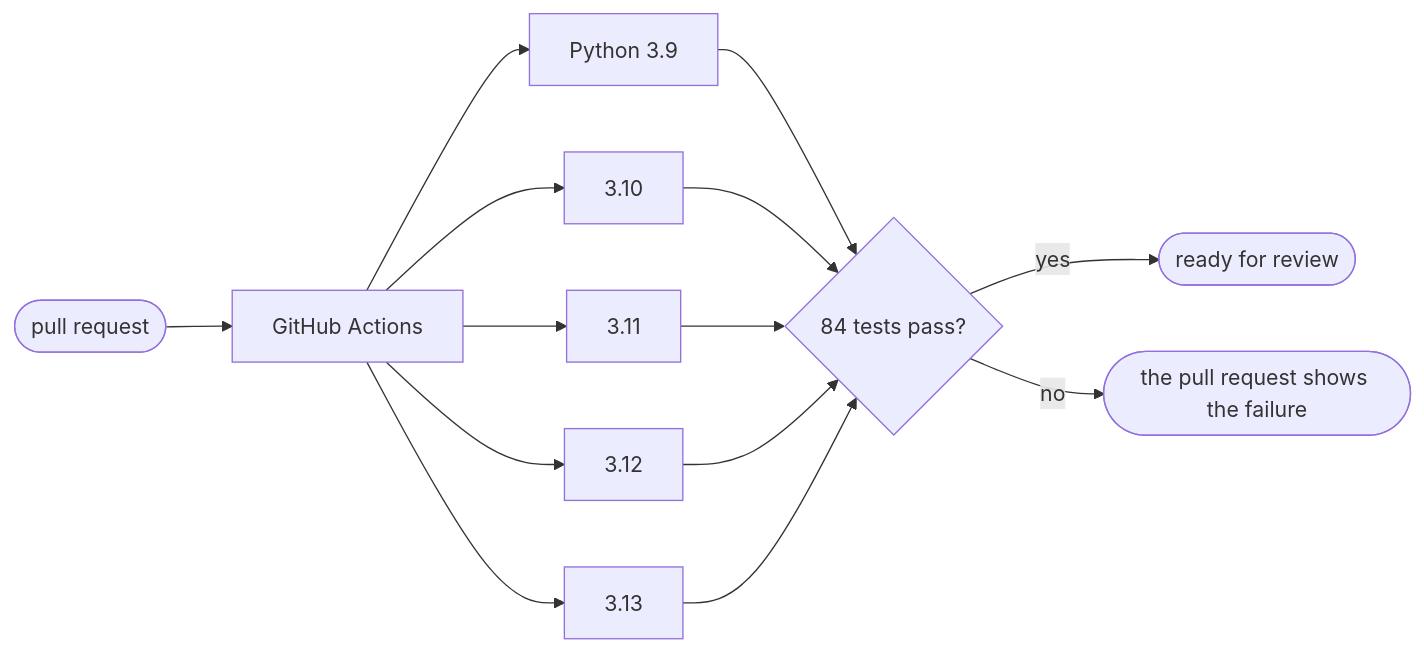
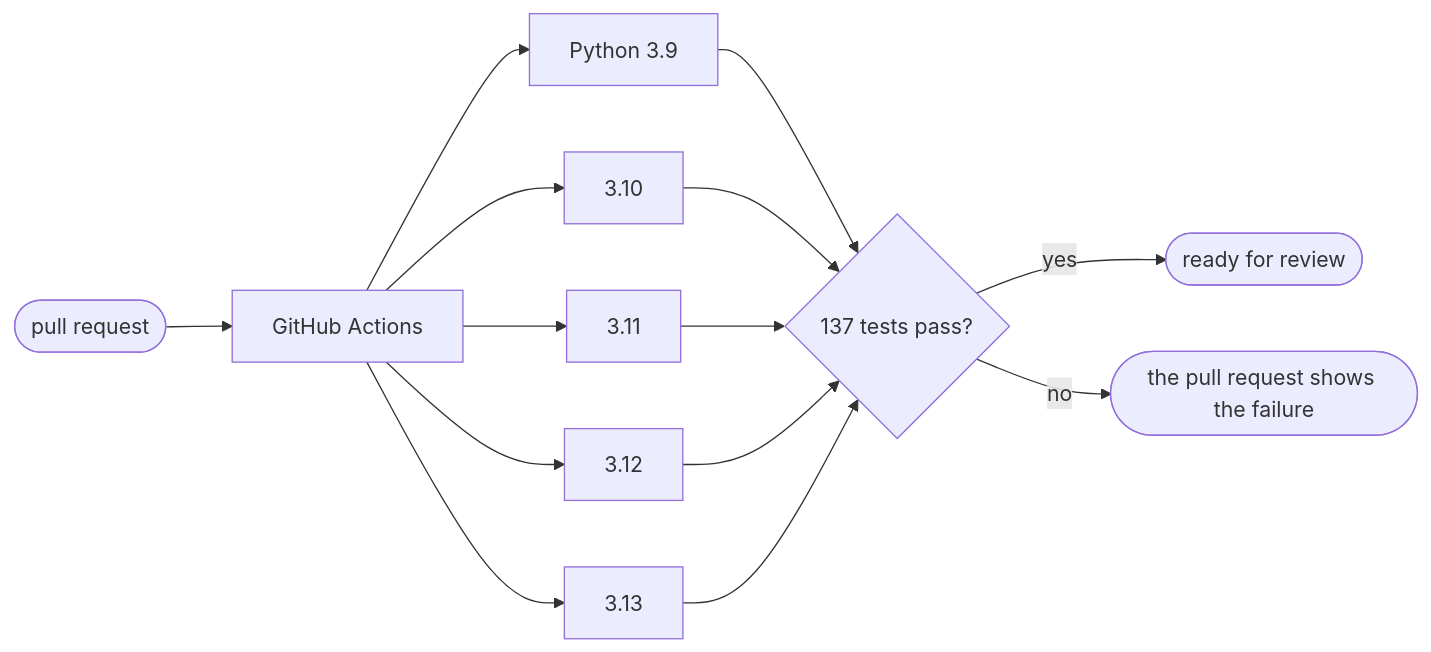
Before and after one commit to rniedson/higgsfield-director-pro-skill: the first of 2 diagrams in higgsfield-director/tests/README.md, drawn with Mermaid. The commit also changed other lines of this file and 22 other files, not shown here.

````diff
--- a/higgsfield-director/tests/README.md
+++ b/higgsfield-director/tests/README.md
@@ -10,8 +10,8 @@
 ```mermaid
 flowchart LR
     PR([pull request]) --> CI[GitHub Actions]
     CI --> P39[Python 3.9] & P310[3.10] & P311[3.11] & P312[3.12] & P313[3.13]
-    P39 & P310 & P311 & P312 & P313 --> OK{84 tests pass?}
+    P39 & P310 & P311 & P312 & P313 --> OK{137 tests pass?}
     OK -- yes --> M([ready for review])
     OK -- no --> F([the pull request shows the failure])
 ```
````
